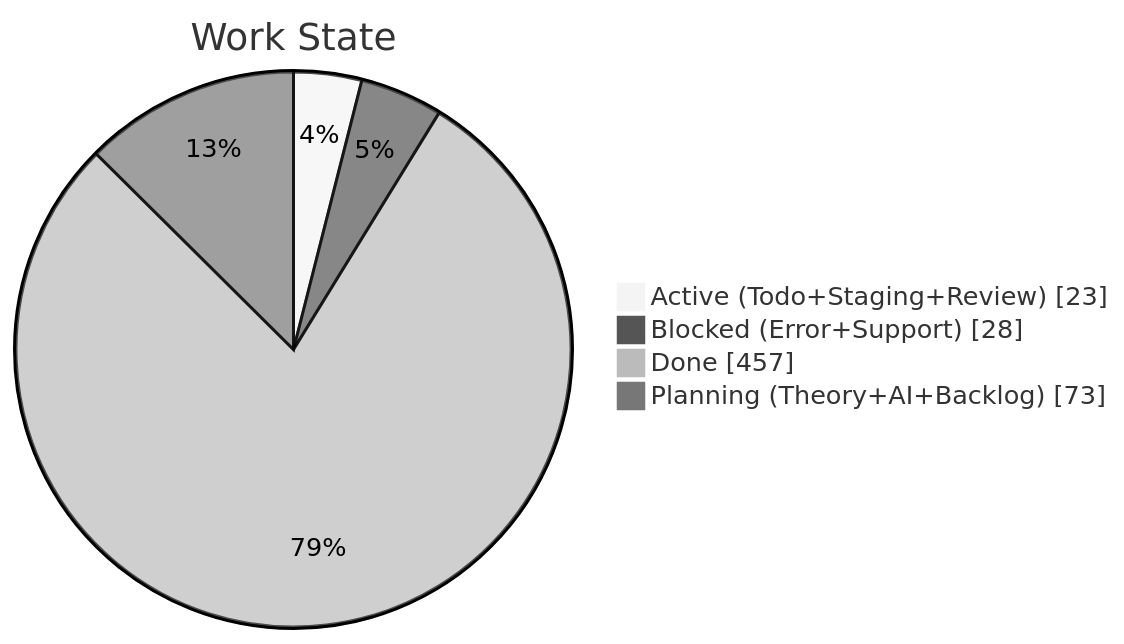
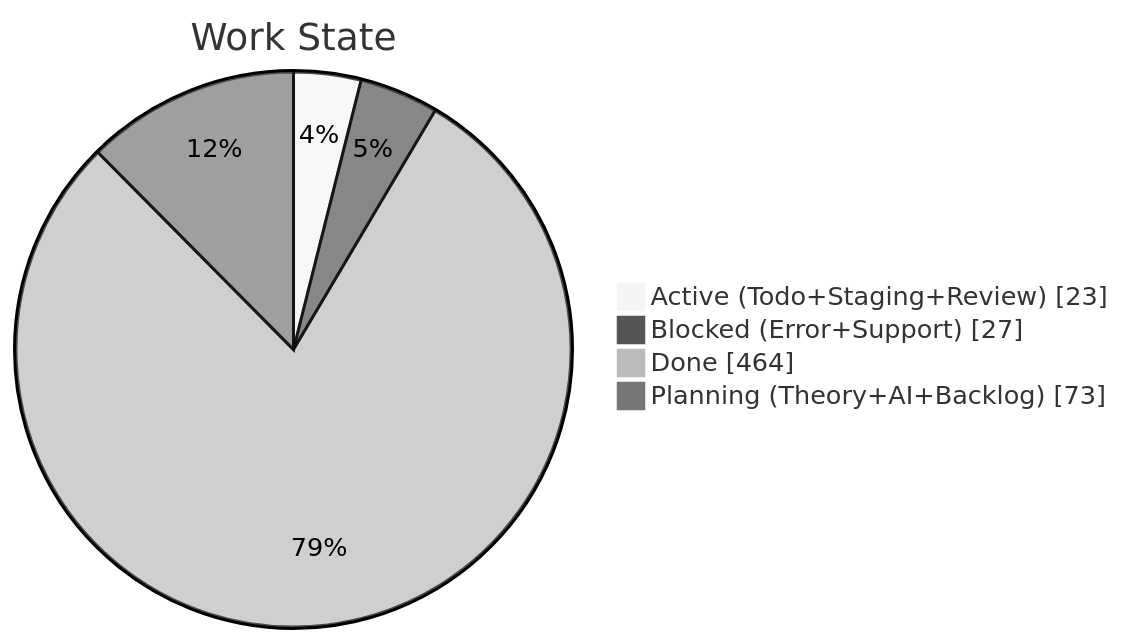
The second of 4 diagrams in apps/kbve/astro-kbve/src/content/docs/dashboard/kanban-data.mdx (KBVE/kbve), drawn with Mermaid (neutral theme) before and after one commit. The commit also changed other lines of this file and 8 other files, not shown here.

````diff
--- a/apps/kbve/astro-kbve/src/content/docs/dashboard/kanban-data.mdx
+++ b/apps/kbve/astro-kbve/src/content/docs/dashboard/kanban-data.mdx
@@ -68,8 +68,8 @@
 ```mermaid
 pie showData
     title Work State
     "Active (Todo+Staging+Review)" : 23
-    "Blocked (Error+Support)" : 28
-    "Done" : 457
+    "Blocked (Error+Support)" : 27
+    "Done" : 464
     "Planning (Theory+AI+Backlog)" : 73
 ```
````
